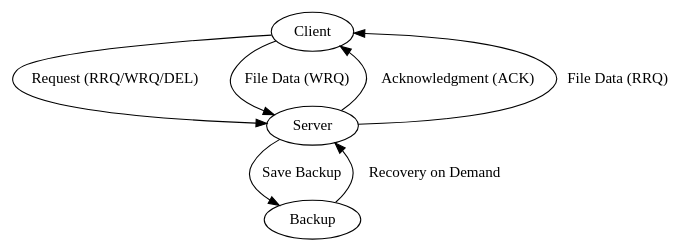
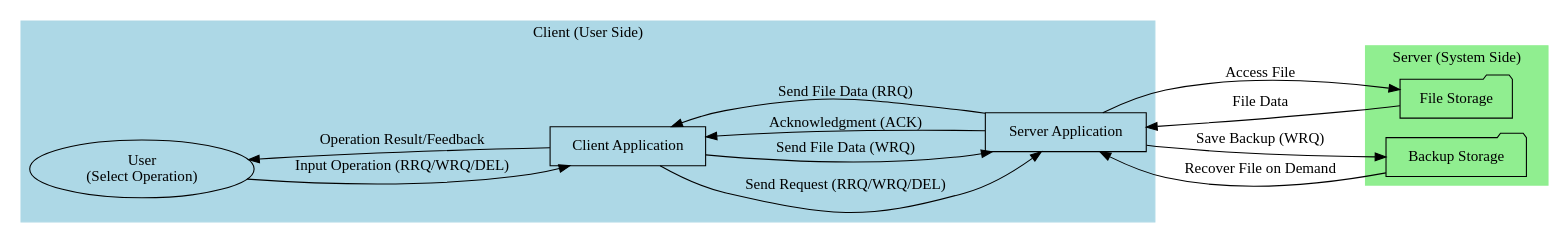
Before and after one commit to HaimOzer123/Network_project_RTED: the diagram in docs/workflow.dot, drawn with Graphviz. The commit also changed 41 other files, not shown here.

```diff
--- a/docs/workflow.dot
+++ b/docs/workflow.dot
@@ -1,8 +1,35 @@
-digraph UDP_File_Transfer {
-    Client -> Server [label="Request (RRQ/WRQ/DEL)"];
-    Server -> Client [label="Acknowledgment (ACK)"];
-    Client -> Server [label="File Data (WRQ)"];
-    Server -> Backup [label="Save Backup"];
-    Backup -> Server [label="Recovery on Demand"];
-    Server -> Client [label="File Data (RRQ)"];
+digraph UDP_File_Transfer_Workflow {
+    rankdir=LR;
+
+    subgraph cluster_Client {
+        label = "Client (User Side)";
+        style = filled;
+        color = lightblue;
+        
+        User [shape=ellipse, label="User\n(Select Operation)"];
+        Client_App [shape=box, label="Client Application"];
+
+        User -> Client_App [label="Input Operation (RRQ/WRQ/DEL)"];
+        Client_App -> Server [label="Send Request (RRQ/WRQ/DEL)"];
+        Server -> Client_App [label="Acknowledgment (ACK)"];
+        Client_App -> User [label="Operation Result/Feedback"];
+    }
+
+    subgraph cluster_Server {
+        label = "Server (System Side)";
+        style = filled;
+        color = lightgreen;
+
+        Server [shape=box, label="Server Application"];
+        Storage [shape=folder, label="File Storage"];
+        Backup [shape=folder, label="Backup Storage"];
+
+        Server -> Storage [label="Access File"];
+        Storage -> Server [label="File Data"];
+        Server -> Backup [label="Save Backup (WRQ)"];
+        Backup -> Server [label="Recover File on Demand"];
+    }
+
+    Client_App -> Server [label="Send File Data (WRQ)"];
+    Server -> Client_App [label="Send File Data (RRQ)"];
 }
```
